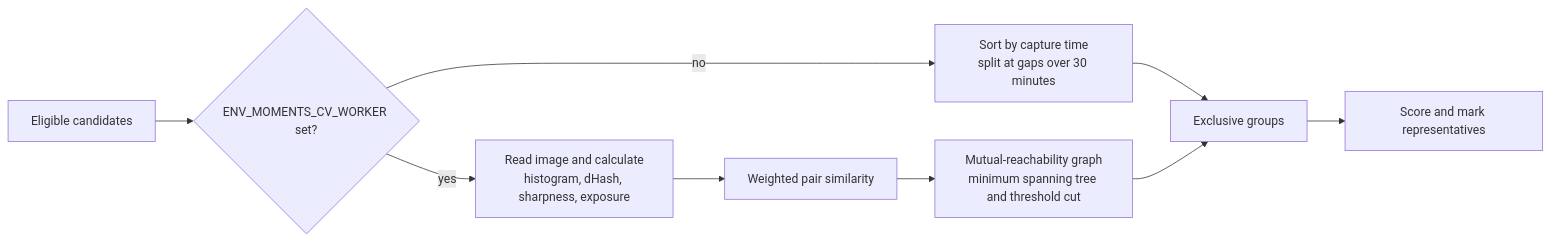
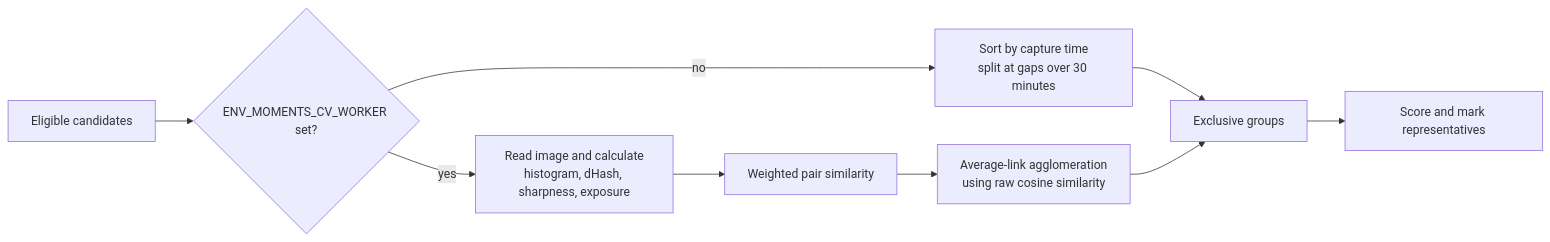
The sixth of 9 diagrams in docs/photo_moments.md (pal-paul/pal-next-gallery-server), drawn with Mermaid before and after one commit. The commit also changed other lines of this file and 8 other files, not shown here.

````diff
--- a/docs/photo_moments.md
+++ b/docs/photo_moments.md
@@ -277,15 +287,15 @@
 ```mermaid
 flowchart LR
     Candidates[Eligible candidates]
     Config{ENV_MOMENTS_CV_WORKER set?}
     Temporal[Sort by capture time<br/>split at gaps over 30 minutes]
     Features[Read image and calculate<br/>histogram, dHash, sharpness, exposure]
     Similarity[Weighted pair similarity]
-    Density[Mutual-reachability graph<br/>minimum spanning tree and threshold cut]
+    Density[Average-link agglomeration<br/>using raw cosine similarity]
     Groups[Exclusive groups]
     Score[Score and mark representatives]
 
     Candidates --> Config
     Config -->|no| Temporal --> Groups
     Config -->|yes| Features --> Similarity --> Density --> Groups --> Score
 ```
````
